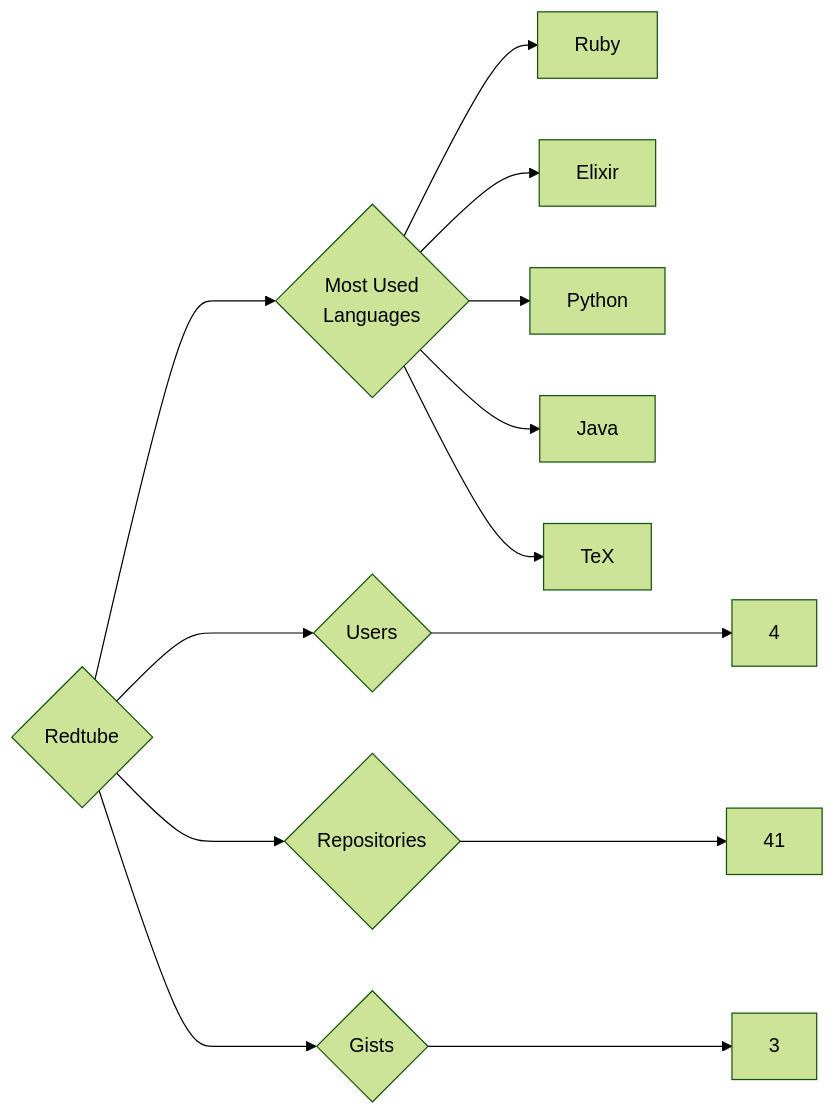
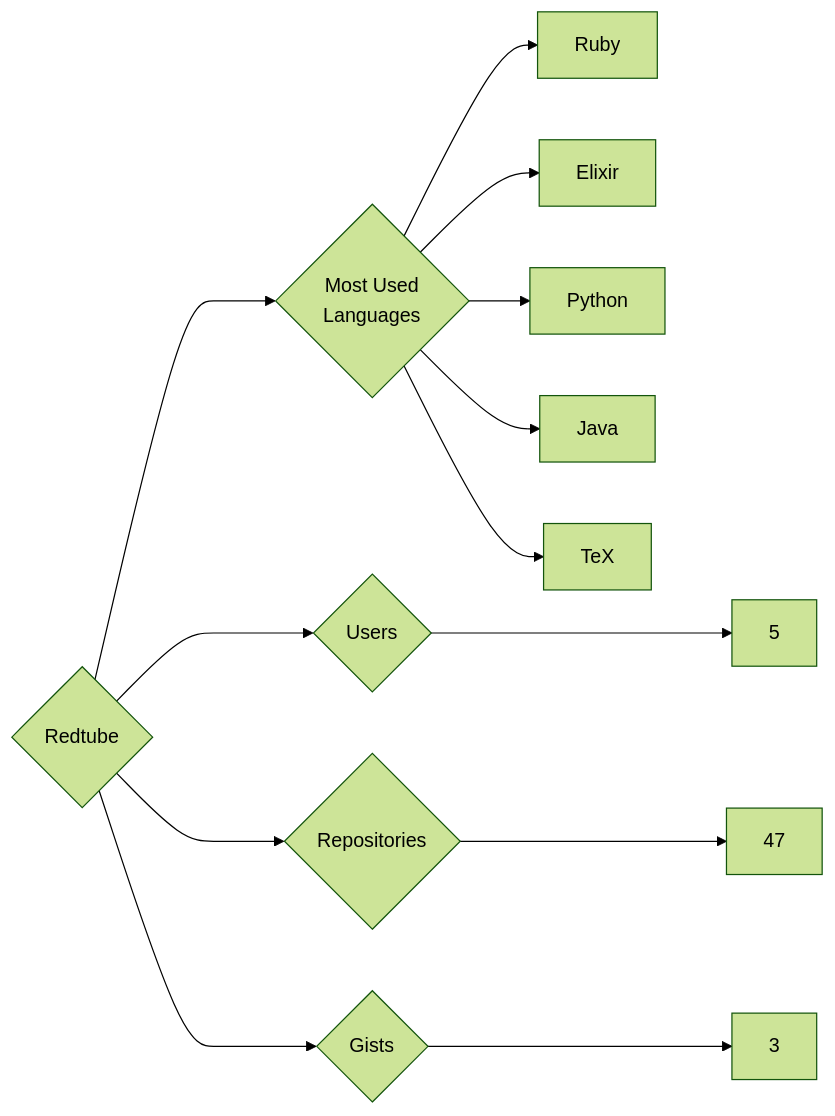
The diagram in targets/Redtube/README.md (trickest/insiders), drawn with Mermaid (forest theme) before and after one commit. The commit also changed 895 other files, not shown here.

````diff
--- a/targets/Redtube/README.md
+++ b/targets/Redtube/README.md
@@ -3,13 +3,13 @@
 ```mermaid
 graph LR
 COMPANY_NAME{Redtube}
-COMPANY_NAME ---> U{Users} ---> UN[4]
-COMPANY_NAME ---> R{Repositories} ---> RN[41]
+COMPANY_NAME ---> U{Users} ---> UN[5]
+COMPANY_NAME ---> R{Repositories} ---> RN[47]
 COMPANY_NAME ---> G{Gists} ---> GN[3]
 COMPANY_NAME ---> ML{Most Used<br>Languages}
 ML --> Ruby[Ruby]
 ML --> Elixir[Elixir]
 ML --> Python[Python]
 ML --> Java[Java]
 ML --> TeX[TeX]
 ```
````
